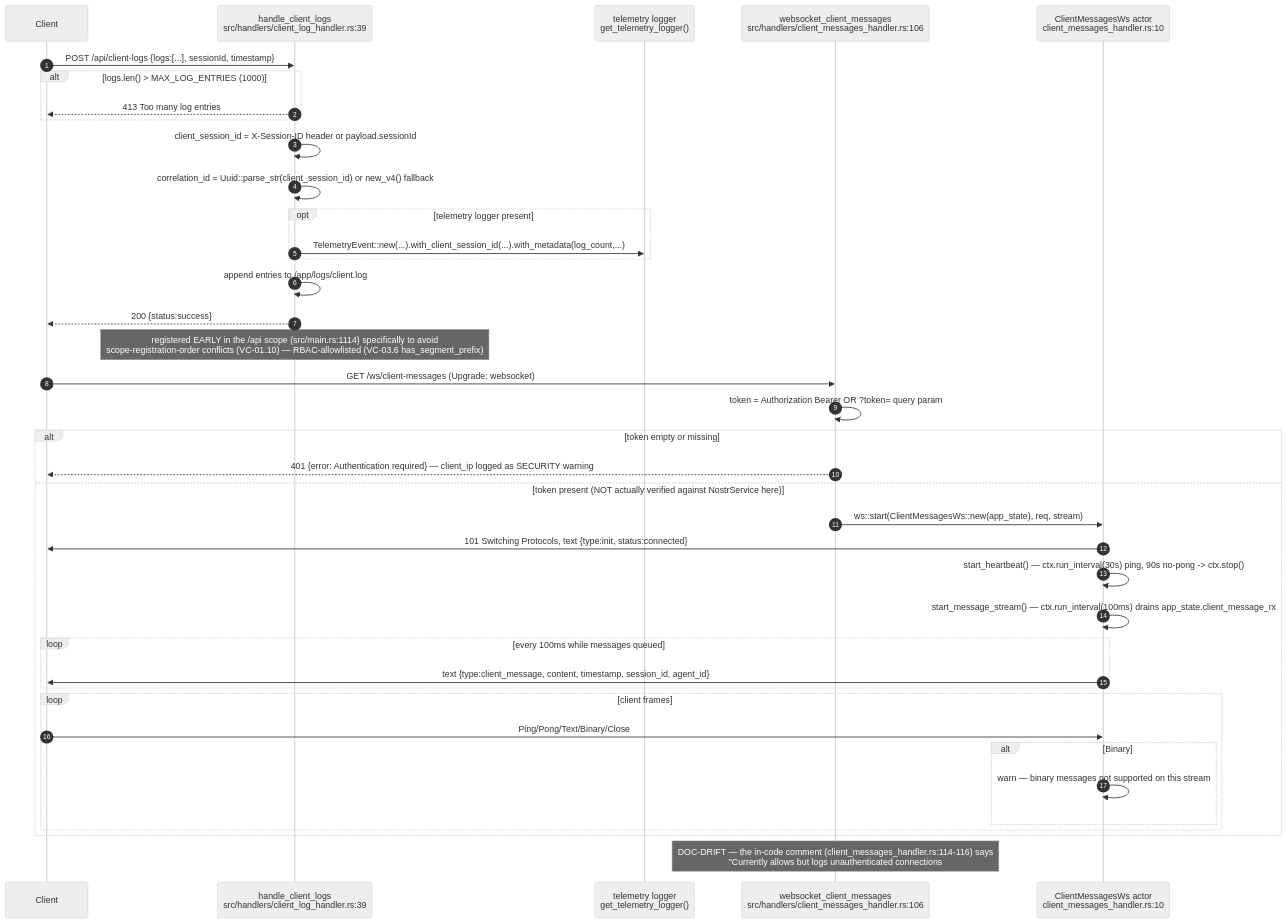
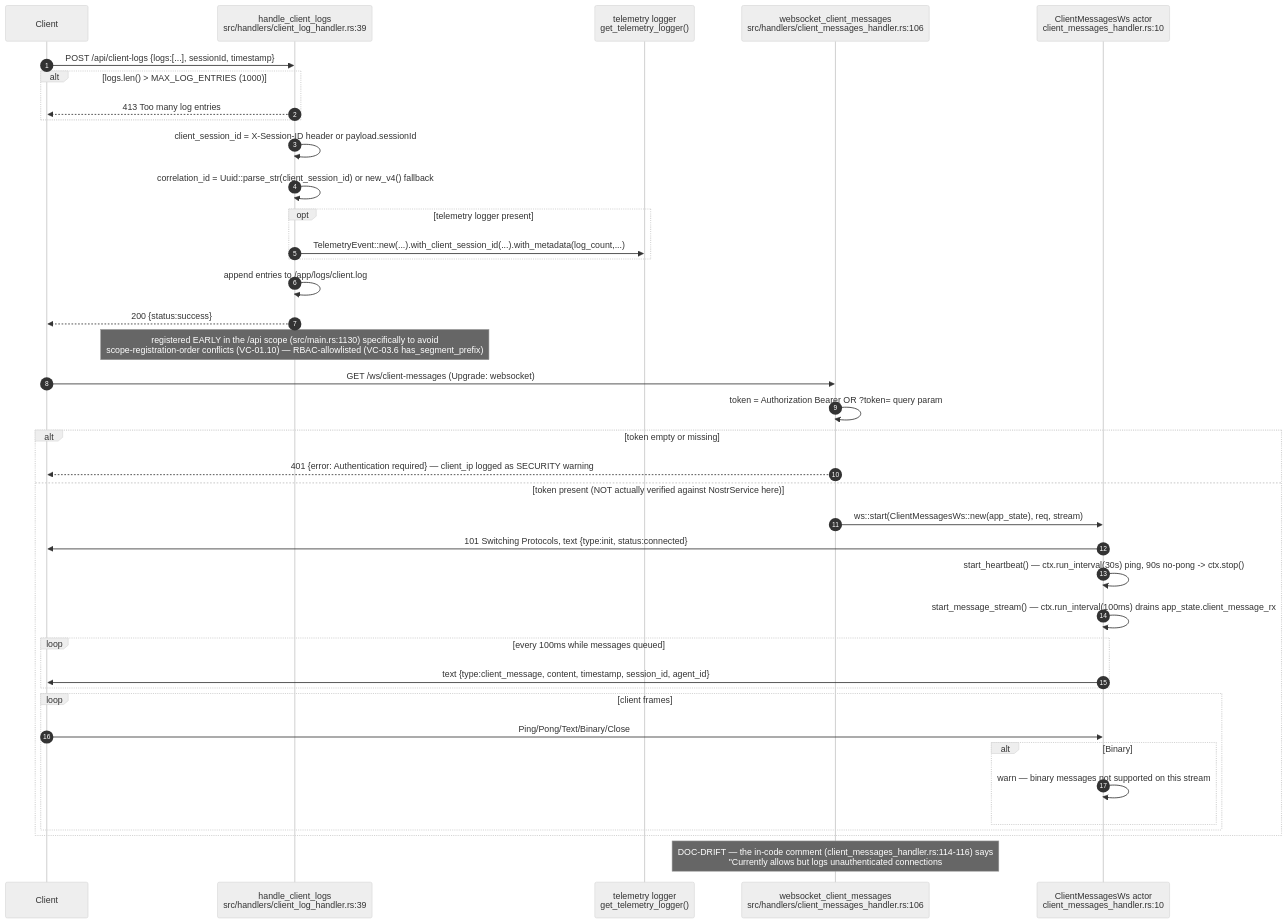
One commit to DreamLab-AI/VisionFlow changed diagram 21 of 23 in docs/diagrams/visionclaw/04-handlers-graph-and-state.md. Above: the diagram before and after it, drawn with Mermaid (neutral theme). The commit also changed other lines of this file and 160 other files, not shown here.

````diff
--- a/docs/diagrams/visionclaw/04-handlers-graph-and-state.md
+++ b/docs/diagrams/visionclaw/04-handlers-graph-and-state.md
@@ -938,43 +945,43 @@
 ```mermaid
 sequenceDiagram
     autonumber
     participant C as Client
     participant CL as handle_client_logs<br/>src/handlers/client_log_handler.rs:39
     participant TL as telemetry logger<br/>get_telemetry_logger()
     participant WS as websocket_client_messages<br/>src/handlers/client_messages_handler.rs:106
     participant CW as ClientMessagesWs actor<br/>client_messages_handler.rs:10
 
     C->>CL: POST /api/client-logs {logs:[...], sessionId, timestamp}
     alt logs.len() > MAX_LOG_ENTRIES (1000)
         CL-->>C: 413 Too many log entries
     end
     CL->>CL: client_session_id = X-Session-ID header or payload.sessionId
     CL->>CL: correlation_id = Uuid::parse_str(client_session_id) or new_v4() fallback
     opt telemetry logger present
         CL->>TL: TelemetryEvent::new(...).with_client_session_id(...).with_metadata(log_count,...)
     end
     CL->>CL: append entries to /app/logs/client.log
     CL-->>C: 200 {status:success}
-    Note over CL: registered EARLY in the /api scope (src/main.rs:1114) specifically to avoid<br/>scope-registration-order conflicts (VC-01.10) — RBAC-allowlisted (VC-03.6 has_segment_prefix)
+    Note over CL: registered EARLY in the /api scope (src/main.rs:1130) specifically to avoid<br/>scope-registration-order conflicts (VC-01.10) — RBAC-allowlisted (VC-03.6 has_segment_prefix)
 
     C->>WS: GET /ws/client-messages (Upgrade: websocket)
     WS->>WS: token = Authorization Bearer OR ?token= query param
     alt token empty or missing
         WS-->>C: 401 {error: Authentication required} — client_ip logged as SECURITY warning
     else token present (NOT actually verified against NostrService here)
         WS->>CW: ws::start(ClientMessagesWs::new(app_state), req, stream)
         CW->>C: 101 Switching Protocols, text {type:init, status:connected}
         CW->>CW: start_heartbeat() — ctx.run_interval(30s) ping, 90s no-pong -> ctx.stop()
         CW->>CW: start_message_stream() — ctx.run_interval(100ms) drains app_state.client_message_rx
         loop every 100ms while messages queued
             CW->>C: text {type:client_message, content, timestamp, session_id, agent_id}
         end
         loop client frames
             C->>CW: Ping/Pong/Text/Binary/Close
             alt Binary
                 CW->>CW: warn — binary messages not supported on this stream
             end
         end
     end
     Note over WS: DOC-DRIFT — the in-code comment (client_messages_handler.rs:114-116) says<br/>#quot;Currently allows but logs unauthenticated connections#quot but the code (:131-142)<br/>actually REJECTS an empty token with 401 — the token's CONTENTS are never verified<br/>against NostrService, only its presence, so any non-empty string passes
 ```
````
